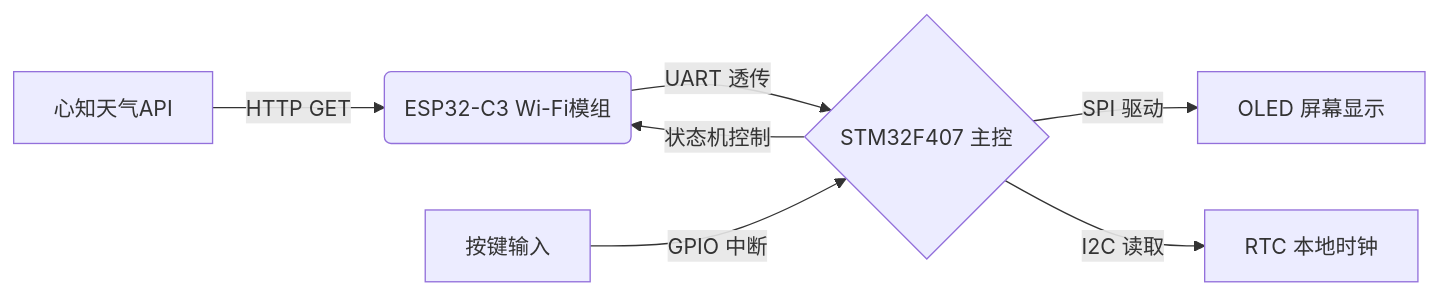
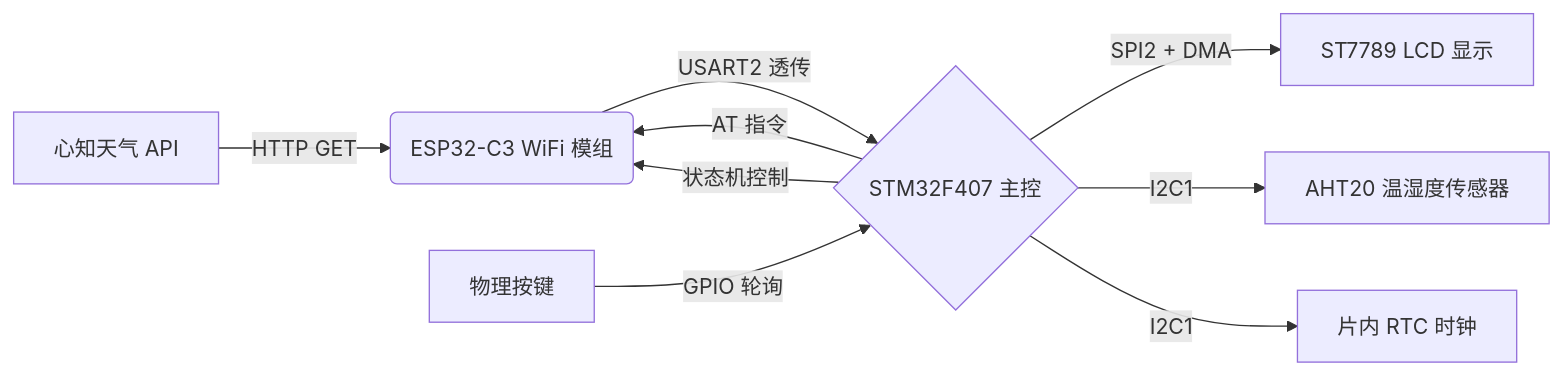
The first of 3 diagrams in README.md (Gaofayi/A-weather-clock-based-on-the-open-source-FreeRTOS-clock), drawn with Mermaid before and after one commit. The commit also changed other lines of this file, not shown here.

First line of the commit message:
Revise README for STM32F407 weather clock project

````diff
--- a/README.md
+++ b/README.md
@@ -22,9 +44,11 @@
 ```mermaid
 graph LR
-    A[心知天气API] -->|HTTP GET| B(ESP32-C3 Wi-Fi模组)
-    B -->|UART 透传| C{STM32F407 主控}
-    C -->|SPI 驱动| D[OLED 屏幕显示]
-    C -->|I2C 读取| E[RTC 本地时钟]
-    F[按键输入] -->|GPIO 中断| C
+    A[心知天气 API] -->|HTTP GET| B(ESP32-C3 WiFi 模组)
+    B -->|USART2 透传| C{STM32F407 主控}
+    C -->|SPI2 + DMA| D[ST7789 LCD 显示]
+    C -->|I2C1| E[AHT20 温湿度传感器]
+    C -->|I2C1| F[片内 RTC 时钟]
+    G[物理按键] -->|GPIO 轮询| C
+    C -->|AT 指令| B
     C -->|状态机控制| B
 ```
````
